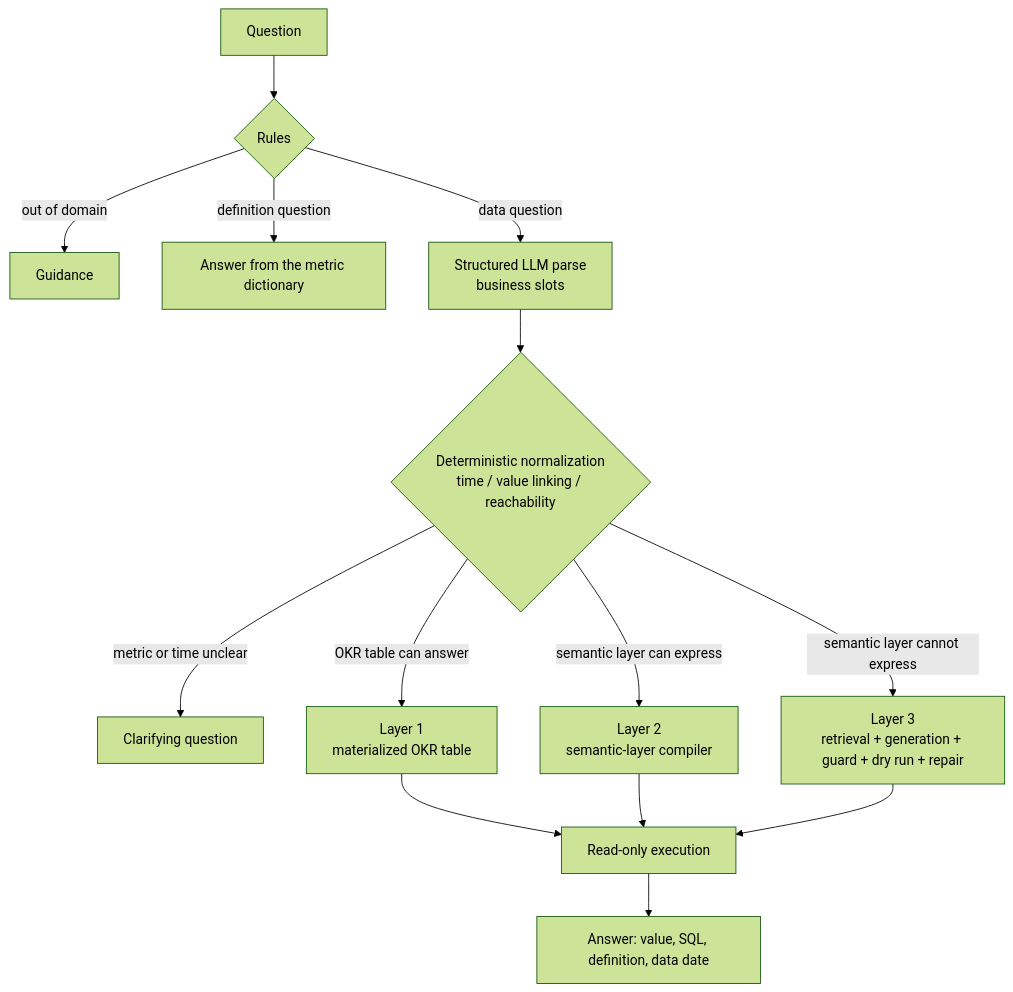
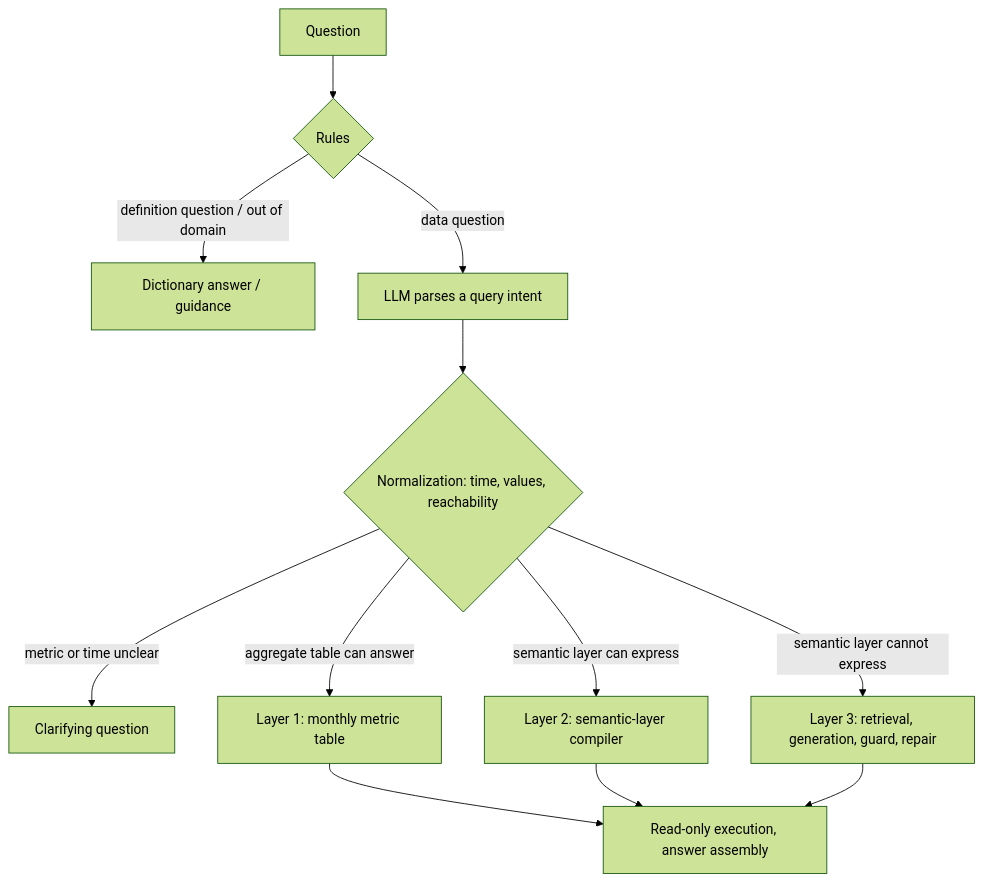
Before and after one commit to yz5166-byte/Text2SQL: the diagram in README_EN.md, drawn with Mermaid (forest theme). The commit also changed other lines of this file and 17 other files, not shown here.

````diff
--- a/README_EN.md
+++ b/README_EN.md
@@ -11,16 +24,14 @@
 ```mermaid
 flowchart TD
-    Q["Question"] --> R0{"Rules"}
-    R0 -->|"out of domain"| F["Guidance"]
-    R0 -->|"definition question"| M["Answer from the metric dictionary"]
-    R0 -->|"data question"| P["Structured LLM parse<br/>business slots"]
-    P --> V{"Deterministic normalization<br/>time / value linking / reachability"}
-    V -->|"metric or time unclear"| C["Clarifying question"]
-    V -->|"OKR table can answer"| L1["Layer 1<br/>materialized OKR table"]
-    V -->|"semantic layer can express"| L2["Layer 2<br/>semantic-layer compiler"]
-    V -->|"semantic layer cannot express"| L3["Layer 3<br/>retrieval + generation + guard + dry run + repair"]
-    L1 --> X["Read-only execution"]
+    Q["Question"] --> R{"Rules"}
+    R -->|"definition question / out of domain"| M["Dictionary answer / guidance"]
+    R -->|"data question"| P["LLM parses a query intent"]
+    P --> N{"Normalization: time, values, reachability"}
+    N -->|"metric or time unclear"| C["Clarifying question"]
+    N -->|"aggregate table can answer"| L1["Layer 1: monthly metric table"]
+    N -->|"semantic layer can express"| L2["Layer 2: semantic-layer compiler"]
+    N -->|"semantic layer cannot express"| L3["Layer 3: retrieval, generation, guard, repair"]
+    L1 --> X["Read-only execution, answer assembly"]
     L2 --> X
     L3 --> X
-    X --> A["Answer: value, SQL, definition, data date"]
 ```
````
